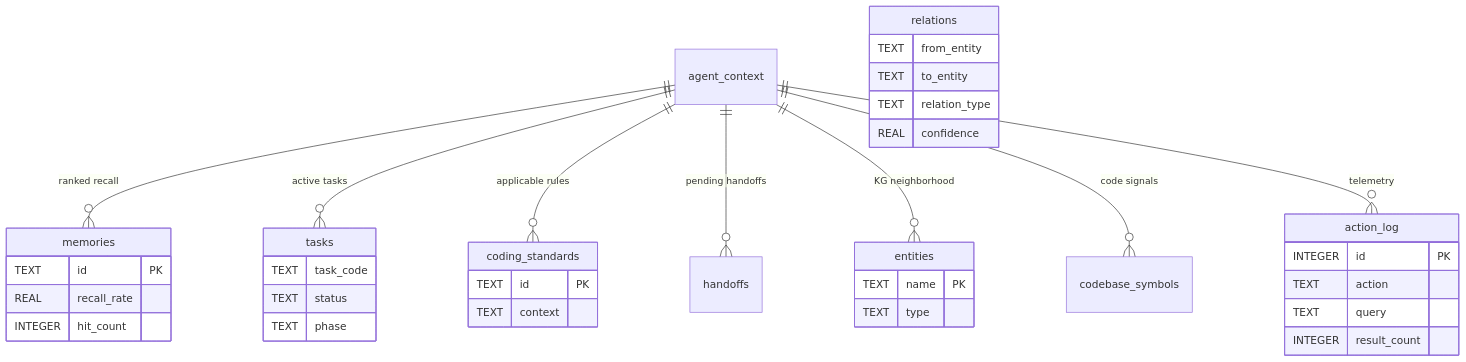
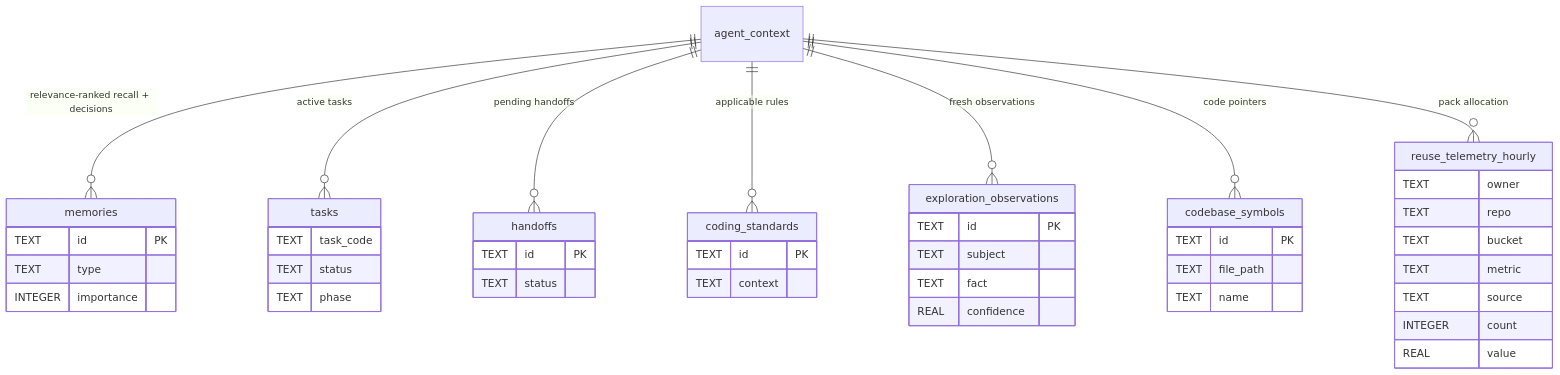
The second of 2 diagrams in .agents/documents/application/modules/context/context-compilation.md (vheins/local-memory-mcp), drawn with Mermaid before and after one commit. The commit also changed other lines of this file and 6 other files, not shown here.

First line of the commit message:
feat(agent-context): harden ranking and token budgeting

````diff
--- a/.agents/documents/application/modules/context/context-compilation.md
+++ b/.agents/documents/application/modules/context/context-compilation.md
@@ -94,40 +100,48 @@
 ```mermaid
 erDiagram
-    agent_context ||--o{ memories : "ranked recall"
+    agent_context ||--o{ memories : "relevance-ranked recall + decisions"
     agent_context ||--o{ tasks : "active tasks"
+    agent_context ||--o{ handoffs : "pending handoffs"
     agent_context ||--o{ coding_standards : "applicable rules"
-    agent_context ||--o{ handoffs : "pending handoffs"
-    agent_context ||--o{ entities : "KG neighborhood"
-    agent_context ||--o{ codebase_symbols : "code signals"
-    agent_context ||--o{ action_log : "telemetry"
+    agent_context ||--o{ exploration_observations : "fresh observations"
+    agent_context ||--o{ codebase_symbols : "code pointers"
+    agent_context ||--o{ reuse_telemetry_hourly : "pack allocation"
     memories {
         TEXT id PK
-        REAL recall_rate
-        INTEGER hit_count
+        TEXT type
+        INTEGER importance
     }
     tasks {
         TEXT task_code
         TEXT status
         TEXT phase
     }
+    handoffs {
+        TEXT id PK
+        TEXT status
+    }
     coding_standards {
         TEXT id PK
         TEXT context
     }
-    entities {
-        TEXT name PK
-        TEXT type
-    }
-    relations {
-        TEXT from_entity
-        TEXT to_entity
-        TEXT relation_type
+    exploration_observations {
+        TEXT id PK
+        TEXT subject
+        TEXT fact
         REAL confidence
     }
-    action_log {
-        INTEGER id PK
-        TEXT action
-        TEXT query
-        INTEGER result_count
+    codebase_symbols {
+        TEXT id PK
+        TEXT file_path
+        TEXT name
+    }
+    reuse_telemetry_hourly {
+        TEXT owner
+        TEXT repo
+        TEXT bucket
+        TEXT metric
+        TEXT source
+        INTEGER count
+        REAL value
     }
 ```
````
